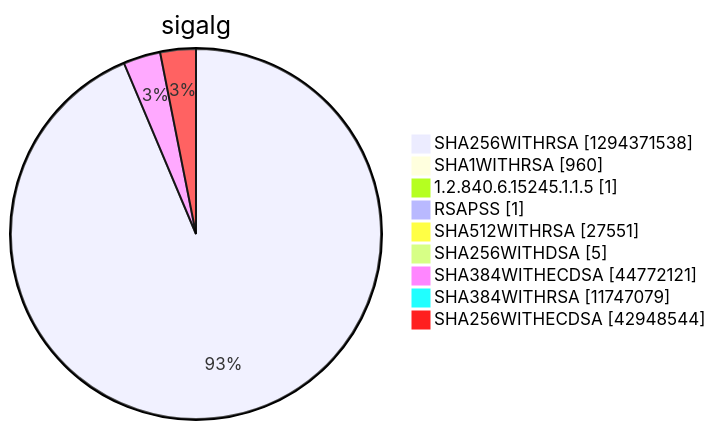
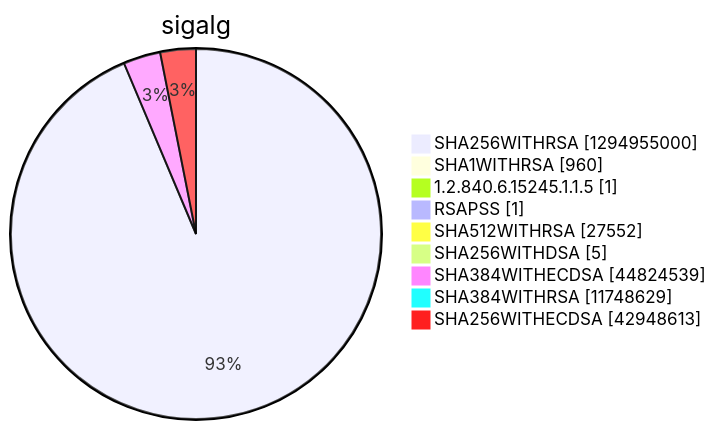
Diagram 15 of 15 in argon2022/README.md (christiankrug/ctmonitor_visualization), drawn with Mermaid before and after one commit. The commit also changed other lines of this file, not shown here.

````diff
--- a/argon2022/README.md
+++ b/argon2022/README.md
@@ -5523,13 +5523,13 @@
 ```mermaid
 pie showData
 title sigalg
-"SHA256WITHRSA" :1294371538
+"SHA256WITHRSA" :1294955000
 "SHA1WITHRSA" :960
 "1.2.840.6.15245.1.1.5" :1
 "RSAPSS" :1
-"SHA512WITHRSA" :27551
+"SHA512WITHRSA" :27552
 "SHA256WITHDSA" :5
-"SHA384WITHECDSA" :44772121
-"SHA384WITHRSA" :11747079
-"SHA256WITHECDSA" :42948544
+"SHA384WITHECDSA" :44824539
+"SHA384WITHRSA" :11748629
+"SHA256WITHECDSA" :42948613
 ```
````
